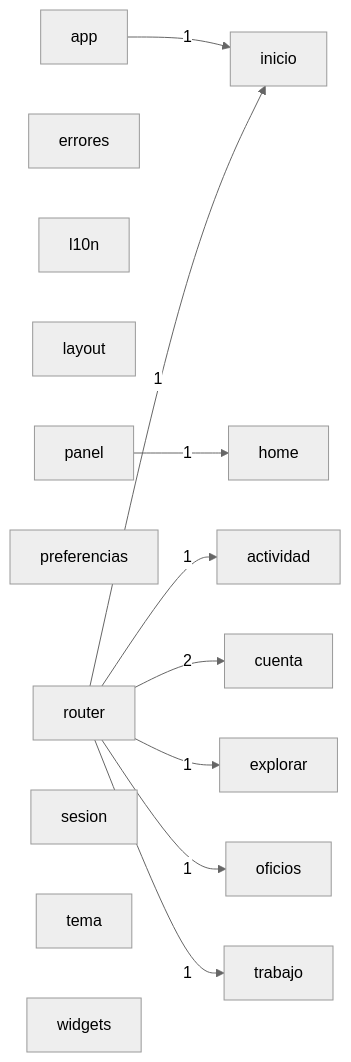
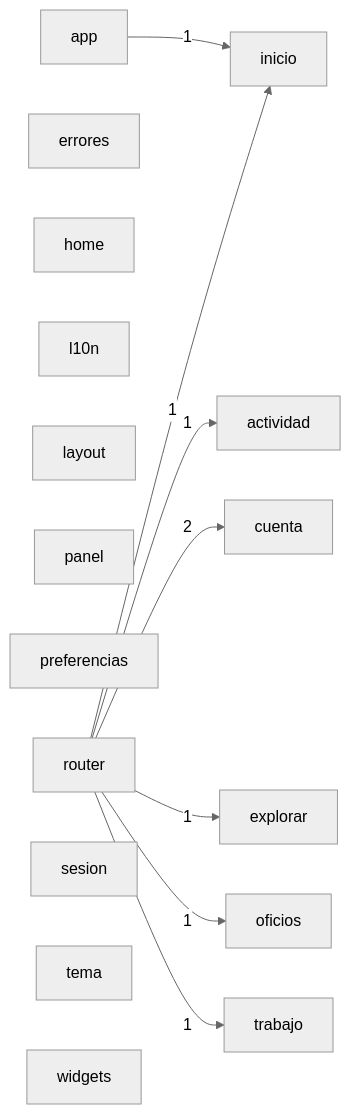
The diagram in docs/architecture/modules.mmd (JulianH2/knock-frontend), drawn with Mermaid (neutral theme) before and after one commit. The commit also changed 22 other files, not shown here.

Commit message:
feat(panel): add the panel architecture with lazy routes, boundary lint rules and Railway publishing (KNOCK-217)

```diff
--- a/docs/architecture/modules.mmd
+++ b/docs/architecture/modules.mmd
@@ -1,26 +1,25 @@
 graph LR
   actividad["actividad"]
   app["app"]
   cuenta["cuenta"]
   errores["errores"]
   explorar["explorar"]
   home["home"]
   inicio["inicio"]
   l10n["l10n"]
   layout["layout"]
   oficios["oficios"]
   panel["panel"]
   preferencias["preferencias"]
   router["router"]
   sesion["sesion"]
   tema["tema"]
   trabajo["trabajo"]
   widgets["widgets"]
   app -->|1| inicio
-  panel -->|1| home
   router -->|1| actividad
   router -->|2| cuenta
   router -->|1| explorar
   router -->|1| inicio
   router -->|1| oficios
   router -->|1| trabajo
```
